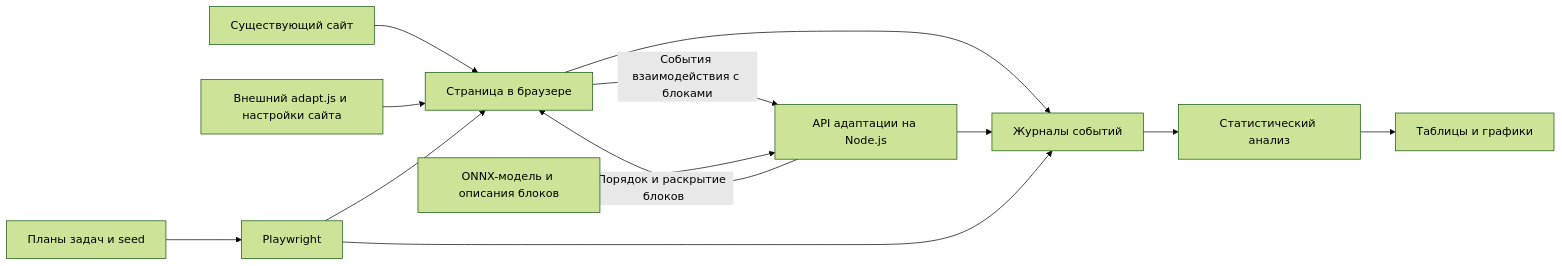
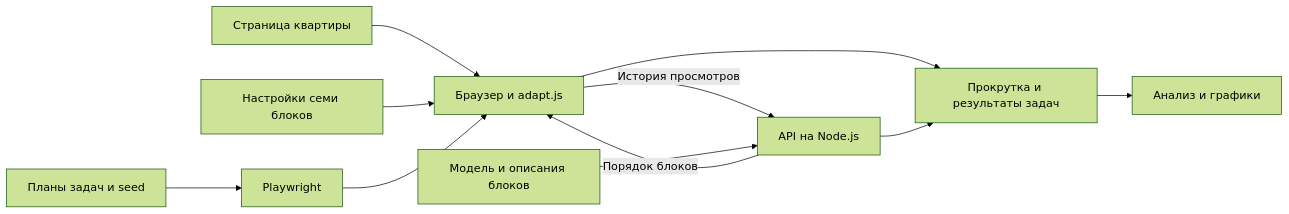
Before and after one commit to Gentofluck/adaptive-ui-design: the diagram in architecture.mmd, drawn with Mermaid (forest theme). The commit also changed 3 other files, not shown here.

Commit message:
Упрощён проект адаптации: один метод и перестановка блоков

```diff
--- a/architecture.mmd
+++ b/architecture.mmd
@@ -1,13 +1,11 @@
 flowchart LR
-    S[Существующий сайт] --> B[Страница в браузере]
-    J[Внешний adapt.js и настройки сайта] --> B
-    B -->|События взаимодействия с блоками| N[API адаптации на Node.js]
-    M[ONNX-модель и описания блоков] --> N
-    N -->|Порядок и раскрытие блоков| B
+    S[Страница квартиры] --> B[Браузер и adapt.js]
+    C[Настройки семи блоков] --> B
+    B -->|История просмотров| N[API на Node.js]
+    M[Модель и описания блоков] --> N
+    N -->|Порядок блоков| B
     G[Планы задач и seed] --> P[Playwright]
     P --> B
-    B --> L[Журналы событий]
+    B --> L[Прокрутка и результаты задач]
     N --> L
-    P --> L
-    L --> A[Статистический анализ]
-    A --> R[Таблицы и графики]
+    L --> A[Анализ и графики]
```
